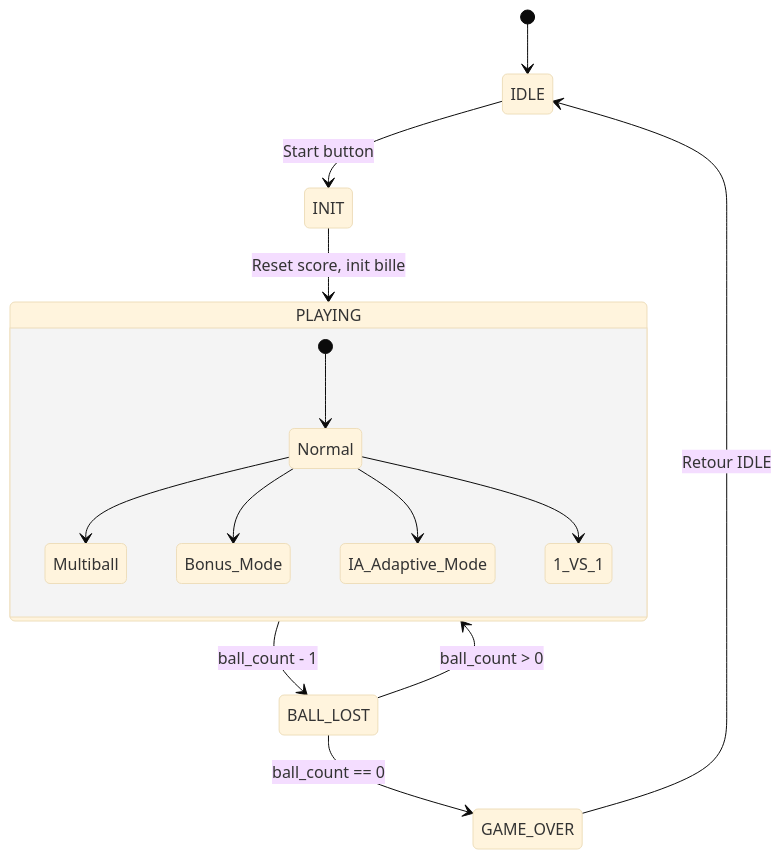
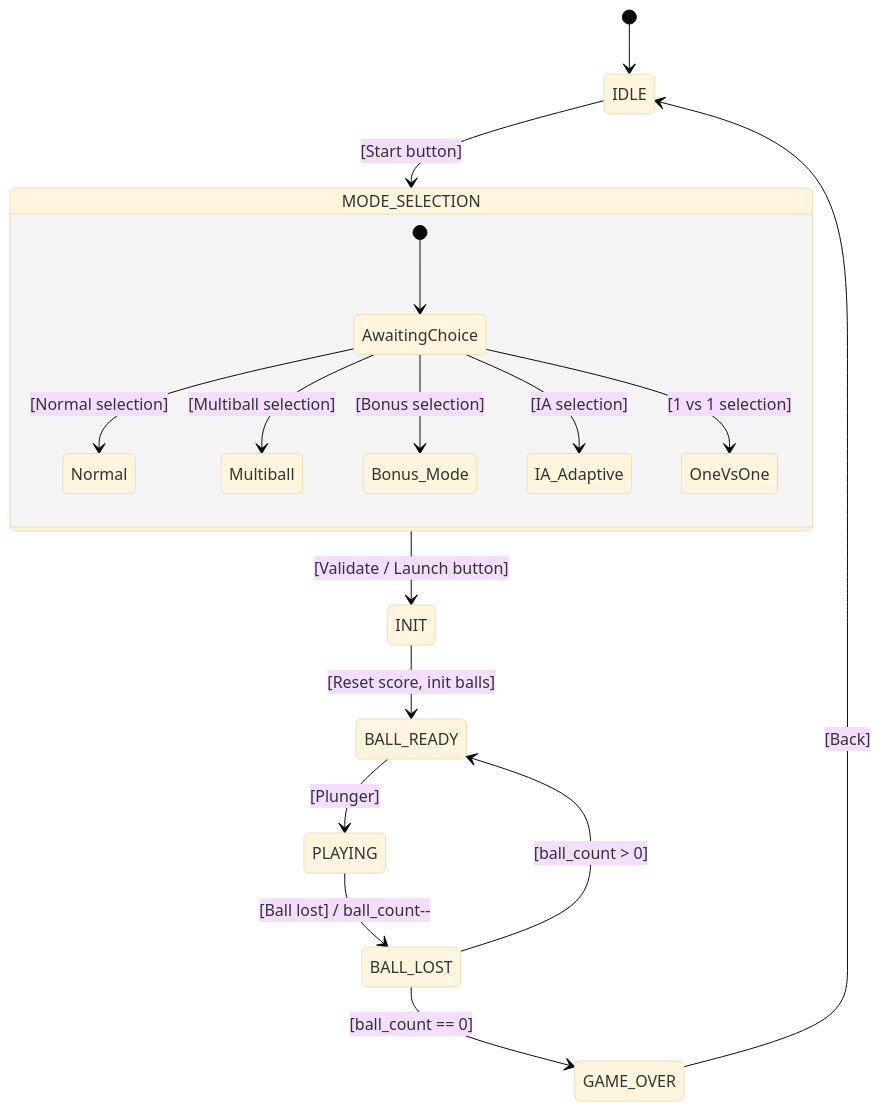
Before and after one commit to AkaTFL/Flipper: the diagram in doc/diagrammes/etat.md, drawn with Mermaid (base theme). The commit also changed 2 other files, not shown here.

Commit message:
update in etat.md / sequence.md / usecase.md

````diff
--- a/doc/diagrammes/etat.md
+++ b/doc/diagrammes/etat.md
@@ -1,20 +1,24 @@
 ```mermaid
 stateDiagram-v2
   [*] --> IDLE
-  IDLE --> INIT: Start button
-  INIT --> PLAYING: Reset score, init bille
+  IDLE --> MODE_SELECTION: [Start button]
 
-  state PLAYING {
-    [*] --> Normal
-    Normal --> Multiball
-    Normal --> Bonus_Mode
-    Normal --> IA_Adaptive_Mode
-    Normal --> 1_VS_1
+  state MODE_SELECTION {
+    [*] --> AwaitingChoice
+    AwaitingChoice --> Normal: [Normal selection]
+    AwaitingChoice --> Multiball: [Multiball selection]
+    AwaitingChoice --> Bonus_Mode: [Bonus selection]
+    AwaitingChoice --> IA_Adaptive: [IA selection]
+    AwaitingChoice --> OneVsOne: [1 vs 1 selection]
   }
 
-  PLAYING --> BALL_LOST: ball_count - 1
-  BALL_LOST --> PLAYING: ball_count > 0
-  BALL_LOST --> GAME_OVER: ball_count == 0
+  MODE_SELECTION --> INIT: [Validate / Launch button]
+  INIT --> BALL_READY: [Reset score, init balls]
+  BALL_READY --> PLAYING: [Plunger]
 
-  GAME_OVER --> IDLE: Retour IDLE
+  PLAYING --> BALL_LOST: [Ball lost] / ball_count--
+  BALL_LOST --> BALL_READY: [ball_count > 0]
+  BALL_LOST --> GAME_OVER: [ball_count == 0]
+
+  GAME_OVER --> IDLE: [Back]
 ```
````
